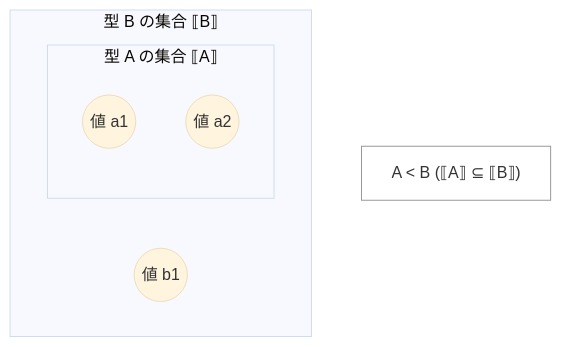
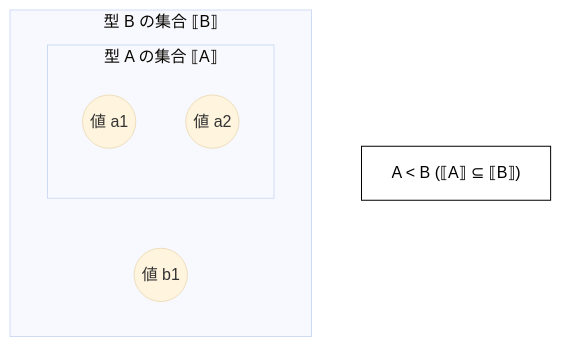
Before and after one commit to SuzumiyaAoba/SuzumiyaAoba.github.io: the first of 2 diagrams in content/blog/2026-01-02-extends-symbol/index.mdx, drawn with Mermaid (base theme). The commit also changed other lines of this file and 24 other files, not shown here.

````diff
--- a/content/blog/2026-01-02-extends-symbol/index.mdx
+++ b/content/blog/2026-01-02-extends-symbol/index.mdx
@@ -49,13 +49,13 @@
 ```mermaid
 flowchart TB
   subgraph B["型 B の集合 ⟦B⟧"]
     subgraph A["型 A の集合 ⟦A⟧"]
       a1((値 a1))
       a2((値 a2))
     end
     b1((値 b1))
   end
   note["A < B  (⟦A⟧ ⊆ ⟦B⟧)"]:::note
 
-classDef note fill:#fff,stroke:#999,color:#333;
+classDef note fill:transparent,stroke:currentColor,color:currentColor;
 ```
````
